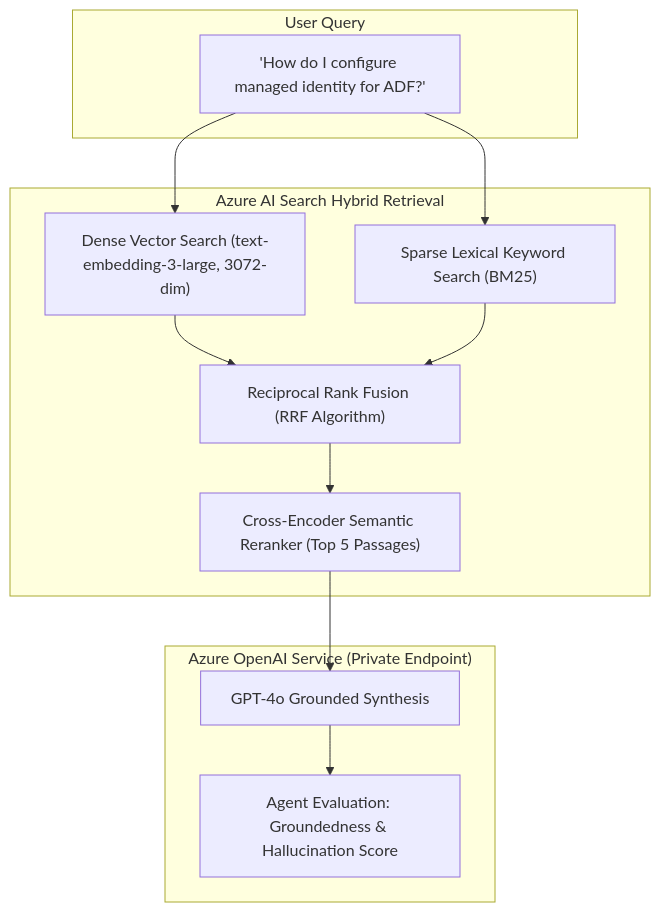
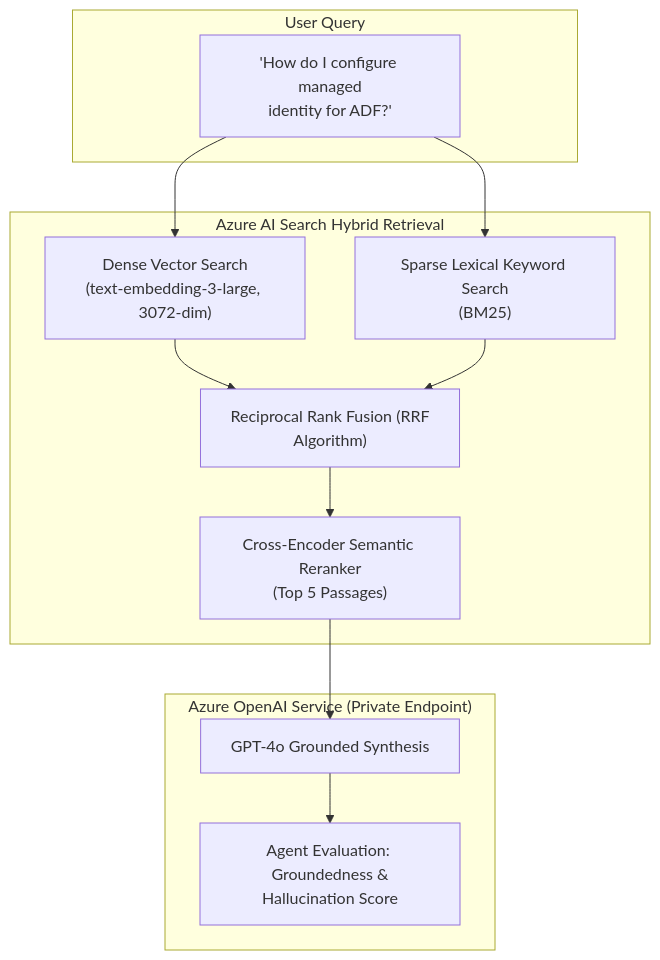
The third of 3 diagrams in architectures/genai-rag-openai-search.md (santoshjammi29/azure-cheat-sheet), drawn with Mermaid before and after one commit. The commit also changed other lines of this file and 15 other files, not shown here.

Commit message:
fix(diagrams): word-wrap labels and escape comparison operators across all diagrams

````diff
--- a/architectures/genai-rag-openai-search.md
+++ b/architectures/genai-rag-openai-search.md
@@ -153,20 +153,20 @@
 ```mermaid
 flowchart TD
     subgraph QueryIngress["User Query"]
-        Q["'How do I configure managed identity for ADF?'"]
+        Q["'How do I configure managed<br/>identity for ADF?'"]
     end
 
     subgraph HybridEngine["Azure AI Search Hybrid Retrieval"]
-        Dense["Dense Vector Search (text-embedding-3-large, 3072-dim)"]
-        Sparse["Sparse Lexical Keyword Search (BM25)"]
-        RRF["Reciprocal Rank Fusion (RRF Algorithm)"]
-        Reranker["Cross-Encoder Semantic Reranker (Top 5 Passages)"]
+        Dense["Dense Vector Search<br/>(text-embedding-3-large, 3072-dim)"]
+        Sparse["Sparse Lexical Keyword Search<br/>(BM25)"]
+        RRF["Reciprocal Rank Fusion (RRF<br/>Algorithm)"]
+        Reranker["Cross-Encoder Semantic Reranker<br/>(Top 5 Passages)"]
     end
 
     subgraph LLMGateway["Azure OpenAI Service (Private Endpoint)"]
         GPT4["GPT-4o Grounded Synthesis"]
-        EvalJudge["Agent Evaluation: Groundedness & Hallucination Score"]
+        EvalJudge["Agent Evaluation: Groundedness &<br/>Hallucination Score"]
     end
 
     Q --> Dense & Sparse --> RRF --> Reranker --> GPT4 --> EvalJudge
 ```
````
